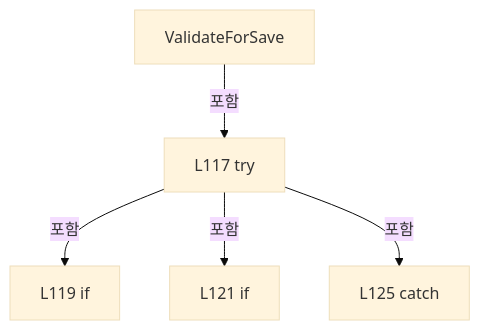
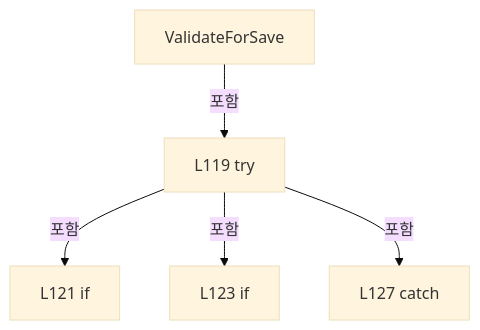
One commit to kjuws10-rgb/Shared changed the sixth of 9 diagrams in A3 LD Code Ref/files/Drilling.Common/Review/CZeroDefenceRecipePlan.cs.md. Above: the diagram before and after it, drawn with Mermaid (base theme). The commit also changed other lines of this file and 2071 other files, not shown here.

Commit message:
docs(a3): update 11.19.0 architecture and code reference

````diff
--- a/A3 LD Code Ref/files/Drilling.Common/Review/CZeroDefenceRecipePlan.cs.md
+++ b/A3 LD Code Ref/files/Drilling.Common/Review/CZeroDefenceRecipePlan.cs.md
@@ -967,12 +980,12 @@
 ```mermaid
 flowchart TD
  M["ValidateForSave"]
- N0["L117 try"]
+ N0["L119 try"]
  M -->|포함| N0
- N1["L119 if"]
+ N1["L121 if"]
  N0 -->|포함| N1
- N2["L121 if"]
+ N2["L123 if"]
  N0 -->|포함| N2
- N3["L125 catch"]
+ N3["L127 catch"]
  N0 -->|포함| N3
 ```
````
